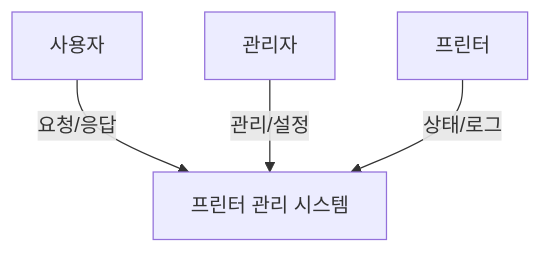
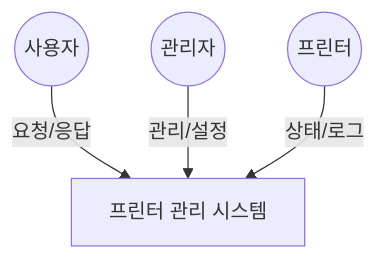
The first of 4 diagrams in docs/architecture/dfd.md (daekyung23/back-end), drawn with Mermaid before and after one commit. The commit also changed other lines of this file, not shown here.

````diff
--- a/docs/architecture/dfd.md
+++ b/docs/architecture/dfd.md
@@ -5,6 +5,11 @@
 ```mermaid
 flowchart TD
-    User[사용자] --> |요청/응답| System[프린터 관리 시스템]
-    Admin[관리자] --> |관리/설정| System
-    Device[프린터] --> |상태/로그| System
+    User((사용자))
+    Admin((관리자))
+    Device((프린터))
+    System[프린터 관리 시스템]
+    
+    User --> |요청/응답| System
+    Admin --> |관리/설정| System
+    Device --> |상태/로그| System
 ```
````
